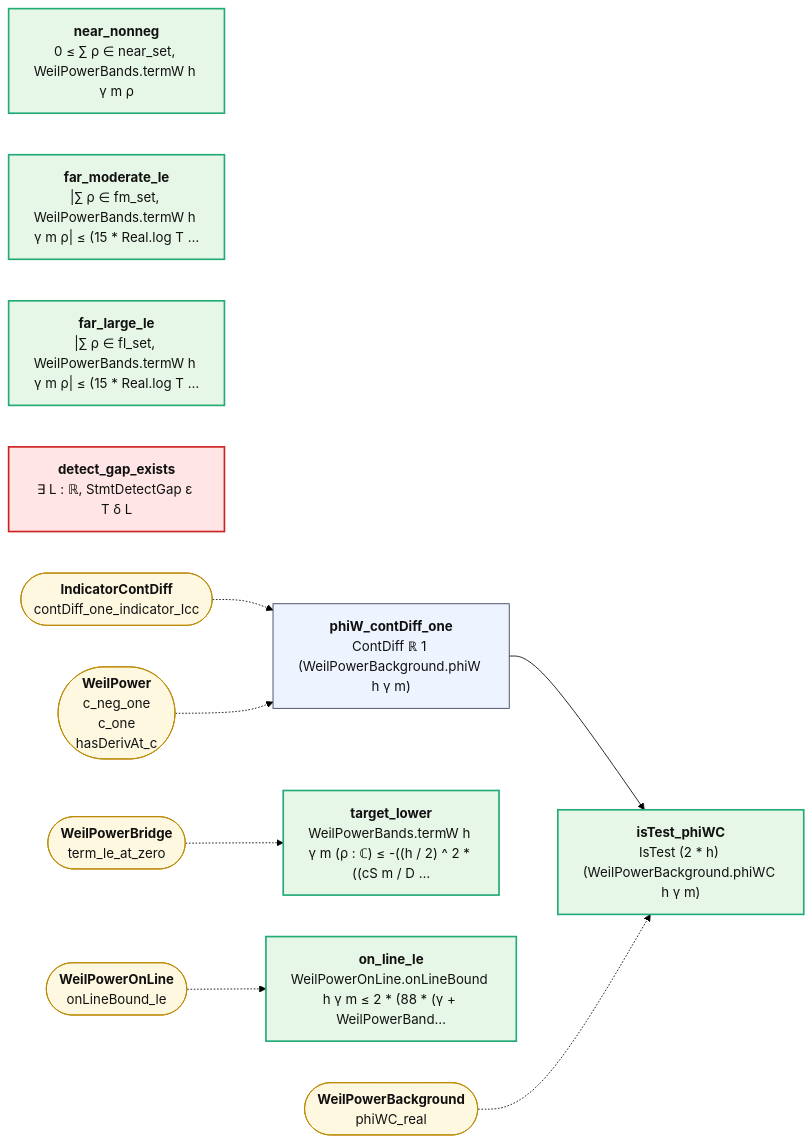
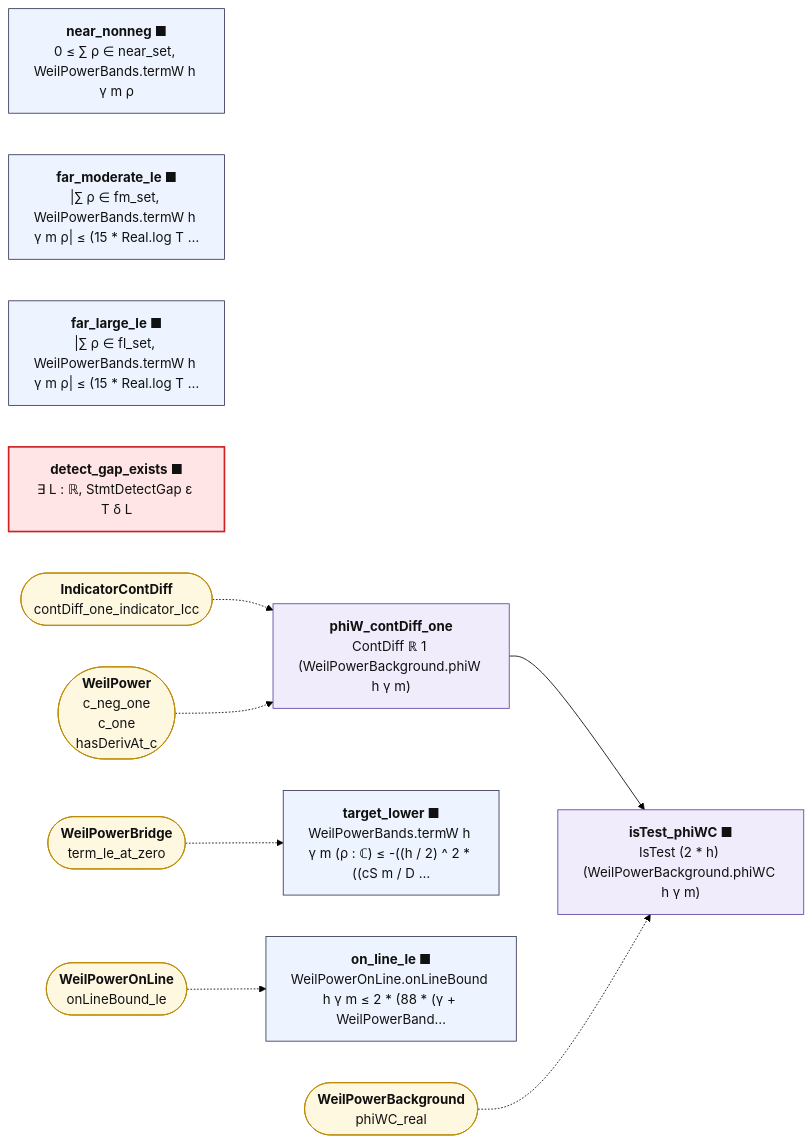
One commit to juliansambranojr/Primebeat_081426 changed the diagram in map/lean_stage3/WeilPowerAssembly.md. Above: the diagram before and after it, drawn with Mermaid (forest theme). The commit also changed other lines of this file and 398 other files, not shown here.

````diff
--- a/map/lean_stage3/WeilPowerAssembly.md
+++ b/map/lean_stage3/WeilPowerAssembly.md
@@ -12,27 +12,30 @@
 ```mermaid
 flowchart LR
-  n0["<b>phiW_contDiff_one</b><br/>ContDiff ℝ 1 (WeilPowerBackground.phiW h γ m)"]:::thm
-  n1["<b>isTest_phiWC</b><br/>IsTest (2 * h) (WeilPowerBackground.phiWC h γ m)"]:::end_
-  n2["<b>target_lower</b><br/>WeilPowerBands.termW h γ m (ρ : ℂ) ≤ -((h / 2) ^ 2 * ((cS m / D …"]:::end_
-  n3["<b>near_nonneg</b><br/>0 ≤ ∑ ρ ∈ near_set, WeilPowerBands.termW h γ m ρ"]:::end_
-  n4["<b>far_moderate_le</b><br/>|∑ ρ ∈ fm_set, WeilPowerBands.termW h γ m ρ| ≤ (15 * Real.log T …"]:::end_
-  n5["<b>far_large_le</b><br/>|∑ ρ ∈ fl_set, WeilPowerBands.termW h γ m ρ| ≤ (15 * Real.log T …"]:::end_
-  n6["<b>on_line_le</b><br/>WeilPowerOnLine.onLineBound h γ m ≤ 2 * (88 * (γ + WeilPowerBand…"]:::end_
-  n7["<b>detect_gap_exists</b><br/>∃ L : ℝ, StmtDetectGap ε T δ L"]:::bad
+  n0["<b>phiW_contDiff_one</b><br/>ContDiff ℝ 1 (WeilPowerBackground.phiW h γ m)"]:::shp
+  n1["<b>isTest_phiWC ■</b><br/>IsTest (2 * h) (WeilPowerBackground.phiWC h γ m)"]:::shp
+  n2["<b>target_lower ■</b><br/>WeilPowerBands.termW h γ m (ρ : ℂ) ≤ -((h / 2) ^ 2 * ((cS m / D …"]:::thm
+  n3["<b>near_nonneg ■</b><br/>0 ≤ ∑ ρ ∈ near_set, WeilPowerBands.termW h γ m ρ"]:::thm
+  n4["<b>far_moderate_le ■</b><br/>|∑ ρ ∈ fm_set, WeilPowerBands.termW h γ m ρ| ≤ (15 * Real.log T …"]:::thm
+  n5["<b>far_large_le ■</b><br/>|∑ ρ ∈ fl_set, WeilPowerBands.termW h γ m ρ| ≤ (15 * Real.log T …"]:::thm
+  n6["<b>on_line_le ■</b><br/>WeilPowerOnLine.onLineBound h γ m ≤ 2 * (88 * (γ + WeilPowerBand…"]:::thm
+  n7["<b>detect_gap_exists ■</b><br/>∃ L : ℝ, StmtDetectGap ε T δ L"]:::bad
   x0(["<b>IndicatorContDiff</b><br/>contDiff_one_indicator_Icc"]):::ext
   x1(["<b>WeilPower</b><br/>c_neg_one<br/>c_one<br/>hasDerivAt_c"]):::ext
   x2(["<b>WeilPowerBackground</b><br/>phiWC_real"]):::ext
   x3(["<b>WeilPowerBridge</b><br/>term_le_at_zero"]):::ext
   x4(["<b>WeilPowerOnLine</b><br/>onLineBound_le"]):::ext
   n0 --> n1
   x0 -.-> n0
   x1 -.-> n0
   x2 -.-> n1
   x3 -.-> n2
   x4 -.-> n6
+  classDef cnt fill:#dff5ec,stroke:#17694a,color:#111
+  classDef shp fill:#f1ecfb,stroke:#5b3fa0,color:#111
+  classDef rh fill:#ffe5e5,stroke:#c22,color:#111,stroke-width:2px
   classDef thm fill:#eef4ff,stroke:#335,color:#111
   classDef end_ fill:#e7f7e7,stroke:#2a7,color:#111,stroke-width:2px
   classDef lone fill:#fff,stroke:#999,color:#111,stroke-dasharray:4 3
   classDef bad fill:#ffe5e5,stroke:#c22,color:#111,stroke-width:2px
   classDef ext fill:#fff8e1,stroke:#b80,color:#111
 ```
````
